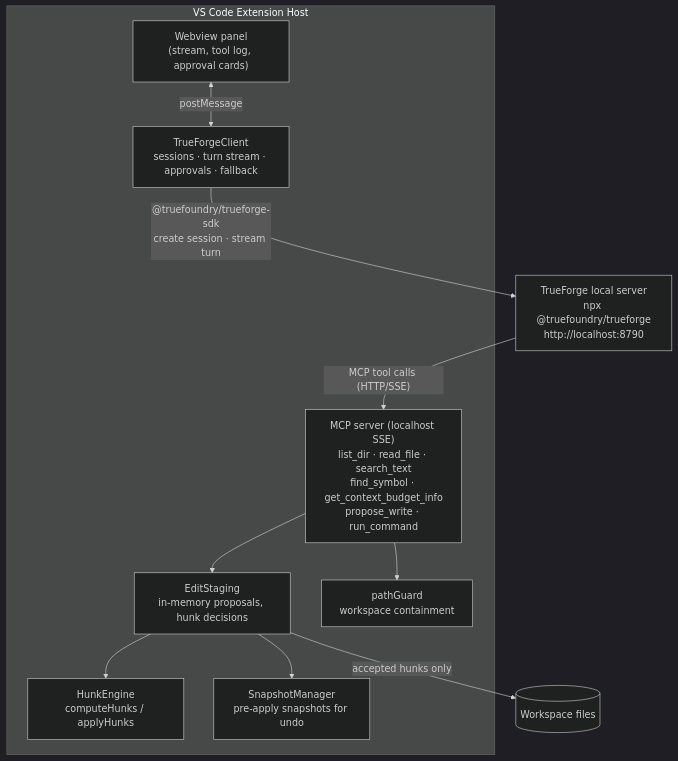
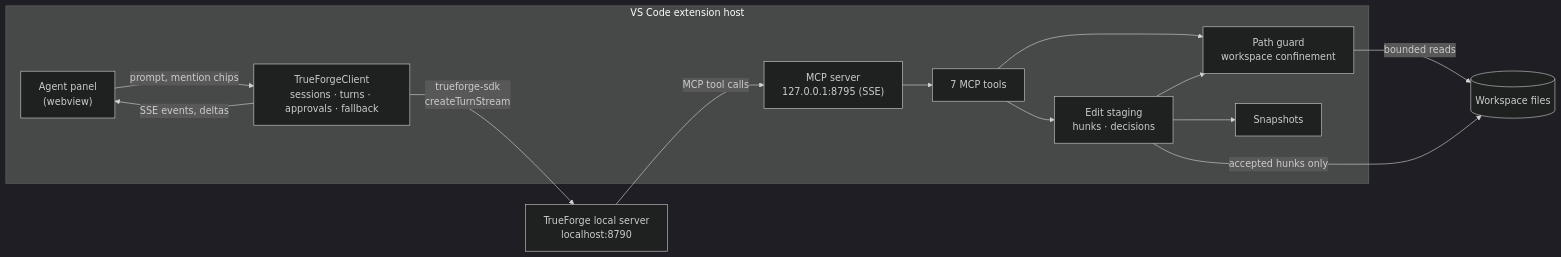
Before and after one commit to theRiddler9/Forge-a-thon: the first of 5 diagrams in README.md, drawn with Mermaid (dark theme). The commit also changed other lines of this file and 6 other files, not shown here.

First line of the commit message:
docs(readme): rewrite for submission with diagrams and task screenshots

````diff
--- a/README.md
+++ b/README.md
@@ -39,23 +43,27 @@
 ```mermaid
-flowchart TB
-    subgraph VSCode["VS Code Extension Host"]
-        WV["Webview panel<br/>(stream, tool log, approval cards)"]
-        TFClient["TrueForgeClient<br/>sessions · turn stream · approvals · fallback"]
-        Staging["EditStaging<br/>in-memory proposals, hunk decisions"]
-        HunkEngine["HunkEngine<br/>computeHunks / applyHunks"]
-        Snap["SnapshotManager<br/>pre-apply snapshots for undo"]
-        MCP["MCP server (localhost SSE)<br/>list_dir · read_file · search_text<br/>find_symbol · get_context_budget_info<br/>propose_write · run_command"]
-        Guard["pathGuard<br/>workspace containment"]
+flowchart LR
+    subgraph VSH["VS Code extension host"]
+        Panel["Agent panel<br/>(webview)"]
+        Client["TrueForgeClient<br/>sessions · turns · approvals · fallback"]
+        Mcp["MCP server<br/>127.0.0.1:8795 (SSE)"]
+        Tools["7 MCP tools"]
+        Staging["Edit staging<br/>hunks · decisions"]
+        Guard["Path guard<br/>workspace confinement"]
+        Snap["Snapshots"]
     end
 
-    TF["TrueForge local server<br/>npx @truefoundry/trueforge<br/>http://localhost:8790"]
+    TF["TrueForge local server<br/>localhost:8790"]
+    Disk[("Workspace files")]
 
-    WV <-->|"postMessage"| TFClient
-    TFClient -->|"@truefoundry/trueforge-sdk<br/>create session · stream turn"| TF
-    TF -->|"MCP tool calls (HTTP/SSE)"| MCP
-    MCP --> Guard
-    MCP --> Staging
-    Staging --> HunkEngine
+    Panel -->|"prompt, mention chips"| Client
+    Client -->|"trueforge-sdk<br/>createTurnStream"| TF
+    Client -->|"SSE events, deltas"| Panel
+    TF -->|"MCP tool calls"| Mcp
+    Mcp --> Tools
+    Tools --> Guard
+    Guard -->|"bounded reads"| Disk
+    Tools --> Staging
+    Staging --> Guard
     Staging --> Snap
-    Staging -->|"accepted hunks only"| Disk[("Workspace files")]
+    Staging -->|"accepted hunks only"| Disk
 ```
````
